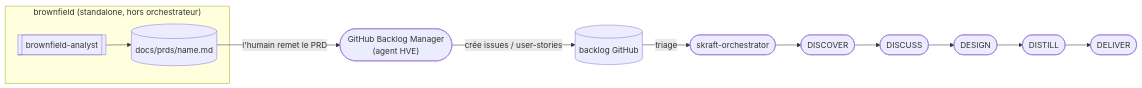
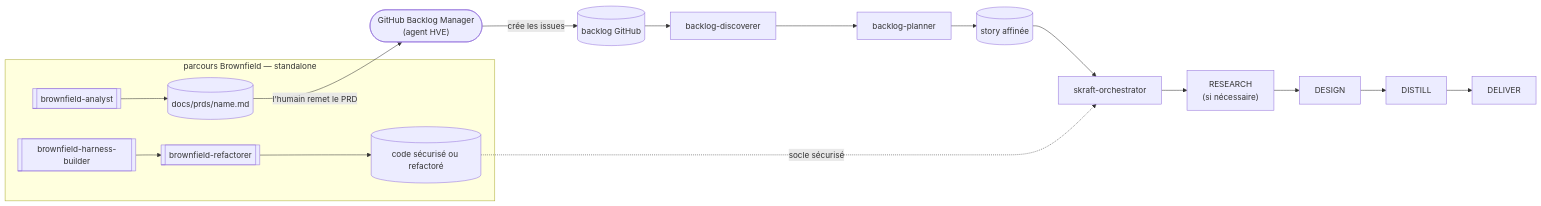
The third of 3 diagrams in docs/site/fr/explanation/brownfield.md (SebastienDegodez/skraft-plugin), drawn with Mermaid before and after one commit. The commit also changed other lines of this file and 1 other file, not shown here.

Commit message:
docs(brownfield): make legacy work a first-class journey

````diff
--- a/docs/site/fr/explanation/brownfield.md
+++ b/docs/site/fr/explanation/brownfield.md
@@ -131,10 +148,16 @@
 ```mermaid
 flowchart LR
-    subgraph BF ["brownfield (standalone, hors orchestrateur)"]
+    subgraph BF ["parcours Brownfield — standalone"]
         BA[["brownfield-analyst"]] --> PRD[("docs/prds/name.md")]
+        HB[["brownfield-harness-builder"]] --> RF[["brownfield-refactorer"]]
+        RF --> CODE[("code sécurisé ou refactoré")]
     end
     PRD -->|"l'humain remet le PRD"| GHM(["GitHub Backlog Manager<br/>(agent HVE)"])
-    GHM -->|"crée issues / user-stories"| ISSUES[("backlog GitHub")]
-    ISSUES -->|"triage"| ORCH(["skraft-orchestrator"])
-    ORCH --> DISCOVER(["DISCOVER"]) --> DISCUSS(["DISCUSS"]) --> DESIGN(["DESIGN"]) --> DISTILL(["DISTILL"]) --> DELIVER(["DELIVER"])
+    GHM -->|"crée les issues"| ISSUES[("backlog GitHub")]
+    ISSUES --> BD["backlog-discoverer"]
+    BD --> BP["backlog-planner"]
+    BP --> STORY[("story affinée")]
+    STORY --> ORCH["skraft-orchestrator"]
+    CODE -.->|"socle sécurisé"| ORCH
+    ORCH --> RESEARCH["RESEARCH<br/>(si nécessaire)"] --> DESIGN["DESIGN"] --> DISTILL["DISTILL"] --> DELIVER["DELIVER"]
 ```
````
